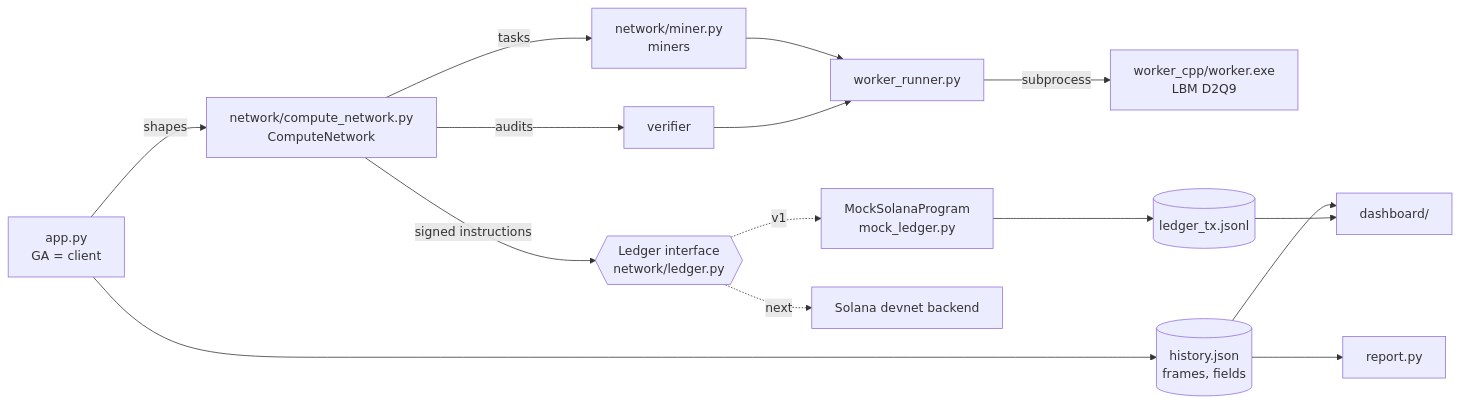
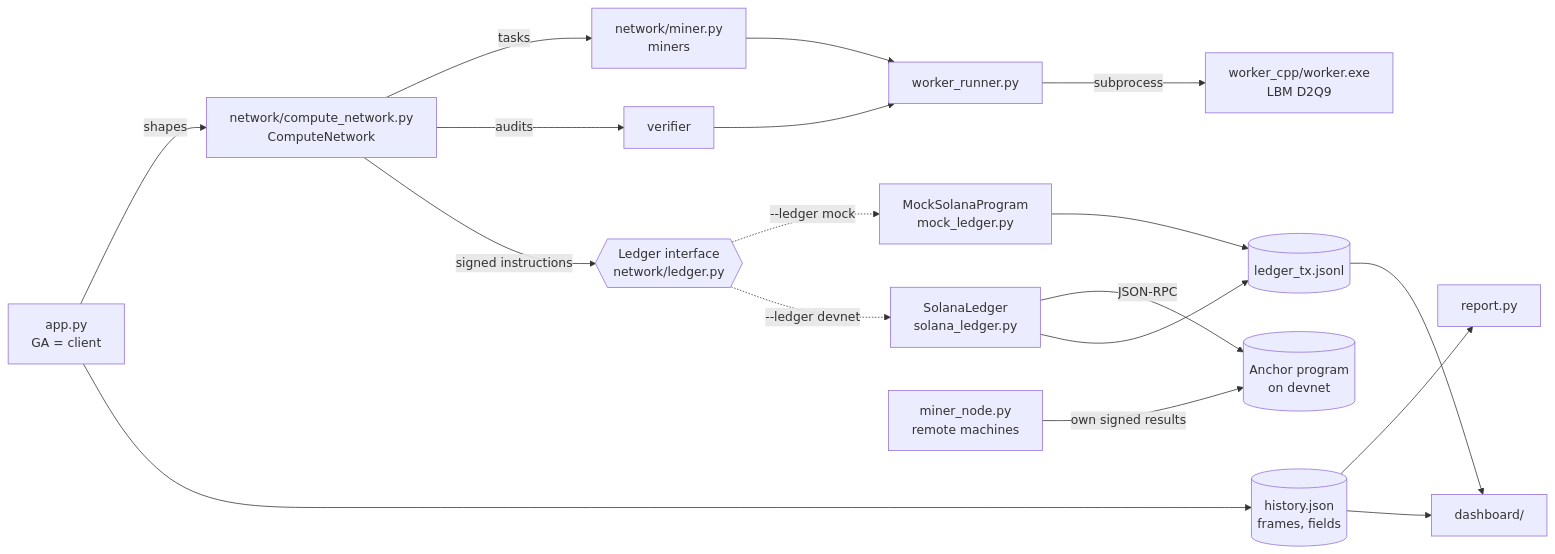
The first of 2 diagrams in architecture.md (chuikomykhail-droid/DeCFD), drawn with Mermaid before and after one commit. The commit also changed other lines of this file and 46 other files, not shown here.

First line of the commit message:
Demo: the devnet run with four laptops; README and architecture as built

````diff
--- a/architecture.md
+++ b/architecture.md
@@ -18,17 +20,20 @@
 ```mermaid
 flowchart LR
     GA["app.py<br/>GA = client"] -->|shapes| NET["network/compute_network.py<br/>ComputeNetwork"]
     NET -->|tasks| M["network/miner.py<br/>miners"]
     NET -->|audits| V["verifier"]
     M --> W["worker_runner.py"]
     V --> W
     W -->|subprocess| X["worker_cpp/worker.exe<br/>LBM D2Q9"]
     NET -->|signed instructions| L{{"Ledger interface<br/>network/ledger.py"}}
-    L -.->|v1| MOCK["MockSolanaProgram<br/>mock_ledger.py"]
-    L -.->|next| SOL["Solana devnet backend"]
+    L -.->|--ledger mock| MOCK["MockSolanaProgram<br/>mock_ledger.py"]
+    L -.->|--ledger devnet| SOL["SolanaLedger<br/>solana_ledger.py"]
+    SOL -->|JSON-RPC| PROG[("Anchor program<br/>on devnet")]
+    NODE["miner_node.py<br/>remote machines"] -->|own signed results| PROG
     MOCK --> LOG[("ledger_tx.jsonl")]
+    SOL --> LOG
     GA --> H[("history.json<br/>frames, fields")]
     H --> REP["report.py"]
     H --> DASH["dashboard/"]
     LOG --> DASH
 ```
````
